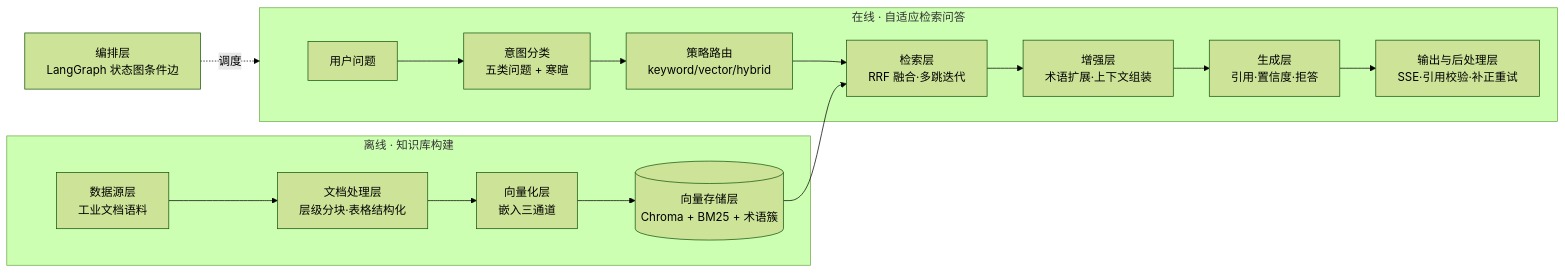
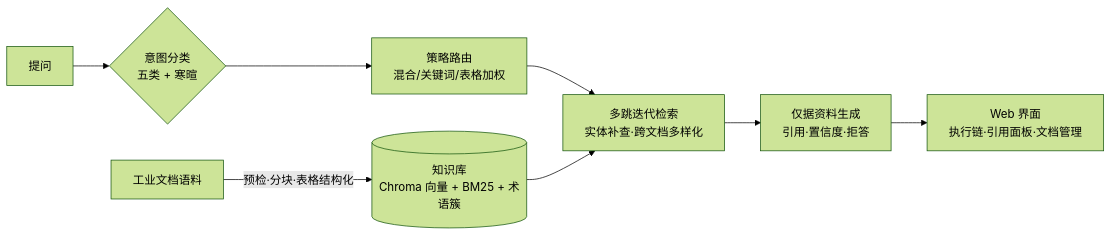
One commit to ring-tree/indocqa-szccf changed the diagram in README.md. Above: the diagram before and after it, drawn with Mermaid (forest theme). The commit also changed other lines of this file, not shown here.

````diff
--- a/README.md
+++ b/README.md
@@ -31,18 +114,10 @@
 ```mermaid
 flowchart LR
-  subgraph OFF[离线 · 知识库构建]
-    A[数据源层<br/>工业文档语料] --> B[文档处理层<br/>层级分块·表格结构化]
-    B --> C[向量化层<br/>嵌入三通道]
-    C --> D[(向量存储层<br/>Chroma + BM25 + 术语簇)]
-  end
-  subgraph ON[在线 · 自适应检索问答]
-    Q[用户问题] --> R[意图分类<br/>五类问题 + 寒暄]
-    R --> S[策略路由<br/>keyword/vector/hybrid]
-    S --> T[检索层<br/>RRF 融合·多跳迭代]
-    D --> T
-    T --> U[增强层<br/>术语扩展·上下文组装]
-    U --> V[生成层<br/>引用·置信度·拒答]
-    V --> W[输出与后处理层<br/>SSE·引用校验·补正重试]
-  end
-  X[编排层<br/>LangGraph 状态图条件边] -.调度.-> ON
+  A[工业文档语料] -->|预检·分块·表格结构化| B[(知识库<br/>Chroma 向量 + BM25 + 术语簇)]
+  Q[提问] --> C{意图分类<br/>五类 + 寒暄}
+  C --> D[策略路由<br/>混合/关键词/表格加权]
+  D --> E[多跳迭代检索<br/>实体补查·跨文档多样化]
+  B --> E
+  E --> F[仅据资料生成<br/>引用·置信度·拒答]
+  F --> G[Web 界面<br/>执行链·引用面板·文档管理]
 ```
````
